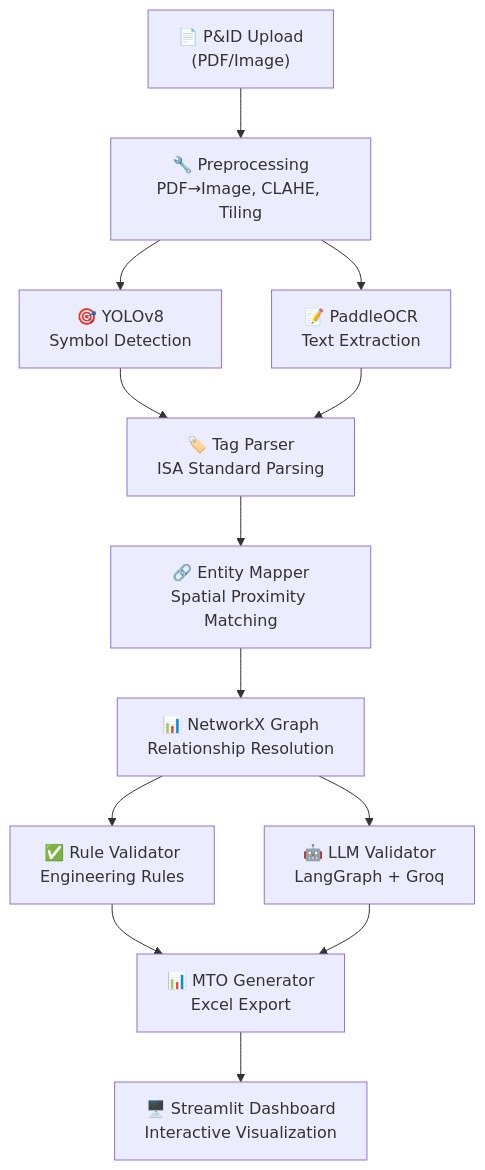
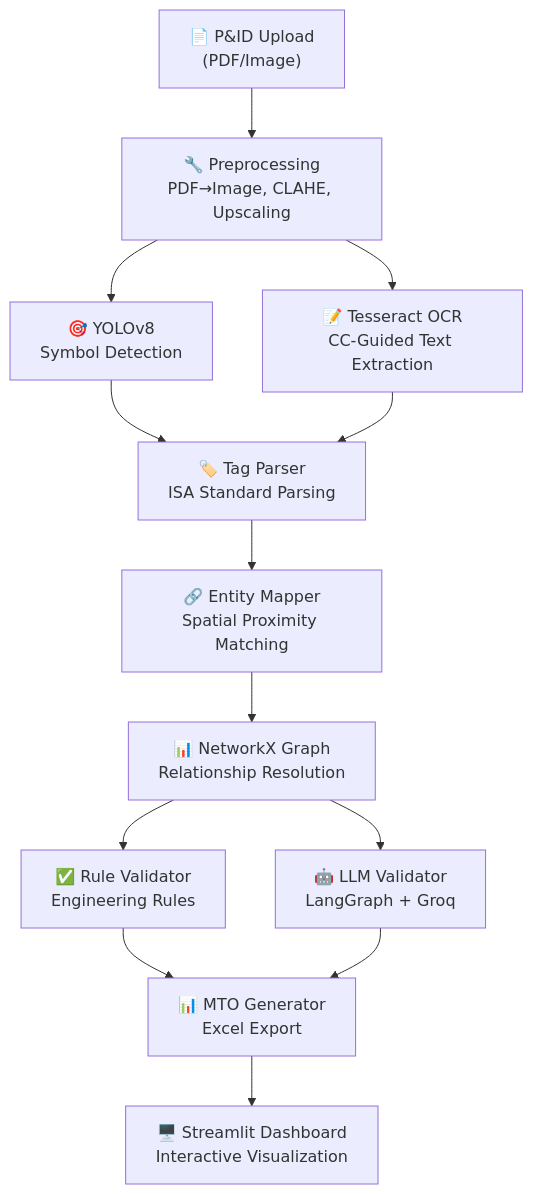
The first of 2 diagrams in README.md (Venkateswara-Sahu/P-ID-Processing-MTO-Extraction-System), drawn with Mermaid before and after one commit. The commit also changed other lines of this file and 10 other files, not shown here.

First line of the commit message:
feat: CC-guided Tesseract OCR, 50x speedup, graph visualization fix

````diff
--- a/README.md
+++ b/README.md
@@ -29,15 +29,15 @@
 ```mermaid
 flowchart TB
-    A["📄 P&ID Upload<br/>(PDF/Image)"] --> B["🔧 Preprocessing<br/>PDF→Image, CLAHE, Tiling"]
+    A["📄 P&ID Upload<br/>(PDF/Image)"] --> B["🔧 Preprocessing<br/>PDF→Image, CLAHE, Upscaling"]
     B --> C["🎯 YOLOv8<br/>Symbol Detection"]
-    B --> D["📝 PaddleOCR<br/>Text Extraction"]
+    B --> D["📝 Tesseract OCR<br/>CC-Guided Text Extraction"]
     C --> E["🏷️ Tag Parser<br/>ISA Standard Parsing"]
     D --> E
     E --> F["🔗 Entity Mapper<br/>Spatial Proximity Matching"]
     F --> G["📊 NetworkX Graph<br/>Relationship Resolution"]
     G --> H["✅ Rule Validator<br/>Engineering Rules"]
     G --> I["🤖 LLM Validator<br/>LangGraph + Groq"]
     H --> J["📊 MTO Generator<br/>Excel Export"]
     I --> J
     J --> K["🖥️ Streamlit Dashboard<br/>Interactive Visualization"]
 ```
````
